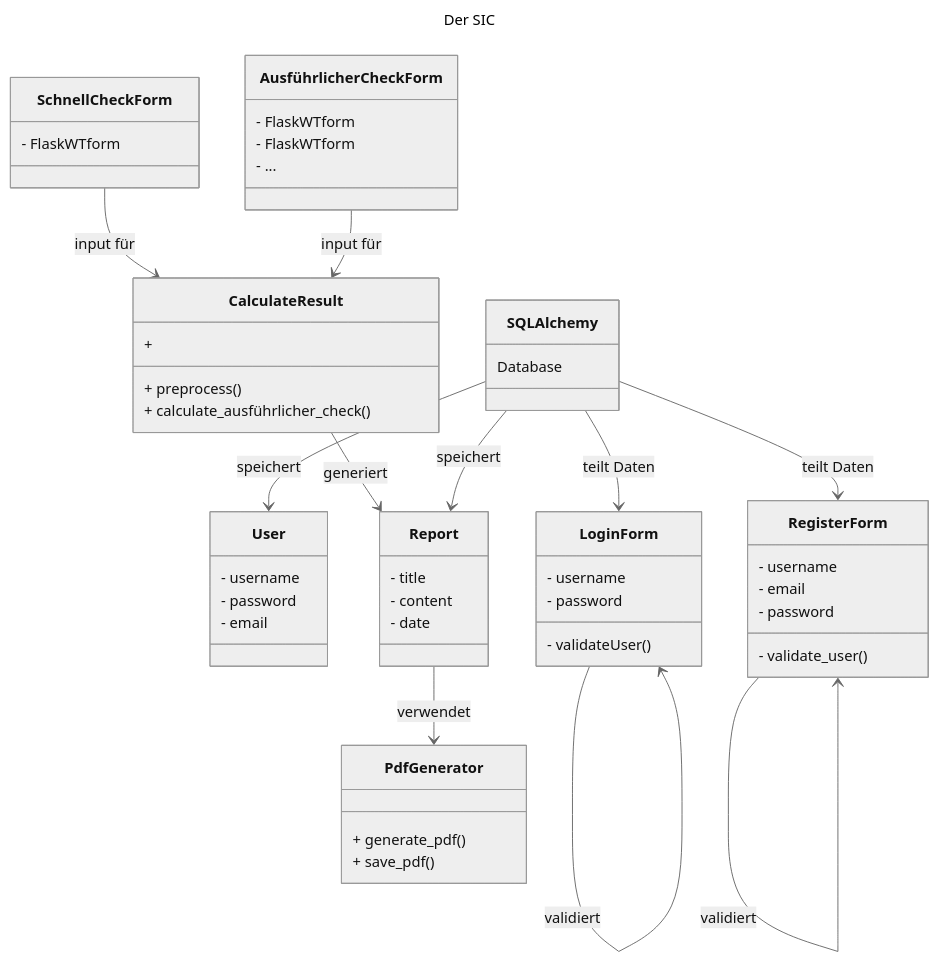
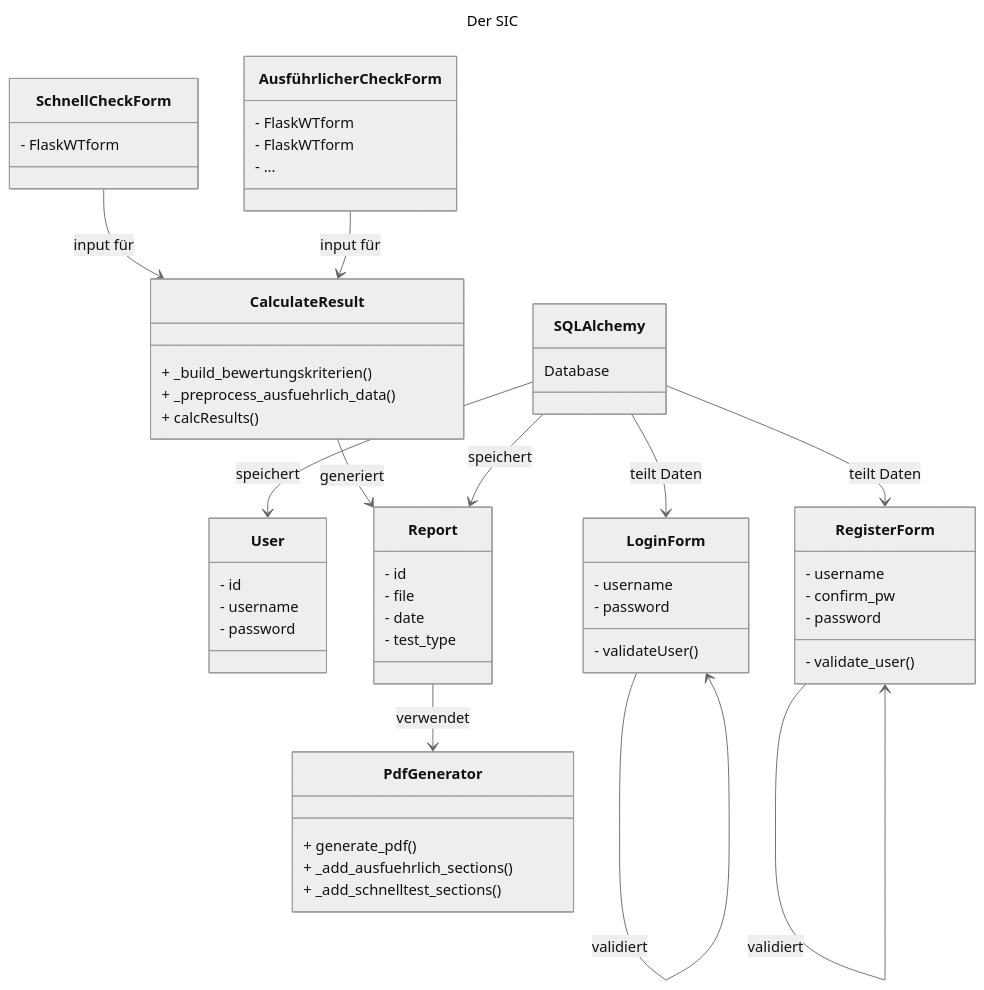
Before and after one commit to Nayon0505/SIC-Projekt: the diagram in docs/technical-docs/architecture.md, drawn with Mermaid (neutral theme). The commit also changed other lines of this file and 28 other files, not shown here.

````diff
--- a/docs/technical-docs/architecture.md
+++ b/docs/technical-docs/architecture.md
@@ -39,63 +25,65 @@
 ```mermaid
 ---
 title: Der SIC
 ---
 classDiagram
 
         class SQLAlchemy {
         Database
     }
     class User {
+        - id
         - username
         - password
-        - email
     }
     class Report {
-        - title
-        - content
+        - id
+        - file
         - date
+        - test_type
     }
     class LoginForm {
         - username
         - password
         - validateUser()
     }
     class RegisterForm {
         - username
-        - email
+        - confirm_pw
         - password
         - validate_user()
     }
     class SchnellCheckForm {
         - FlaskWTform
 
     }
     class AusführlicherCheckForm {
         - FlaskWTform
         - FlaskWTform
         - ...
     }
     class CalculateResult {
-        + preprocess()
-        + 
-        + calculate_ausführlicher_check()
+        + _build_bewertungskriterien()
+        + _preprocess_ausfuehrlich_data()
+        + calcResults()
     }
     class PdfGenerator {
         + generate_pdf()
-        + save_pdf()
+        + _add_ausfuehrlich_sections()
+        + _add_schnelltest_sections()
     }
 
 
 
     SchnellCheckForm --> CalculateResult : input für
     AusführlicherCheckForm --> CalculateResult : input für
     CalculateResult --> Report : generiert
     Report --> PdfGenerator : verwendet
     LoginForm --> LoginForm : validiert
     RegisterForm --> RegisterForm : validiert
     SQLAlchemy --> User : speichert
     SQLAlchemy --> Report : speichert
     SQLAlchemy --> LoginForm : teilt Daten
     SQLAlchemy --> RegisterForm : teilt Daten
 
 ```
````
